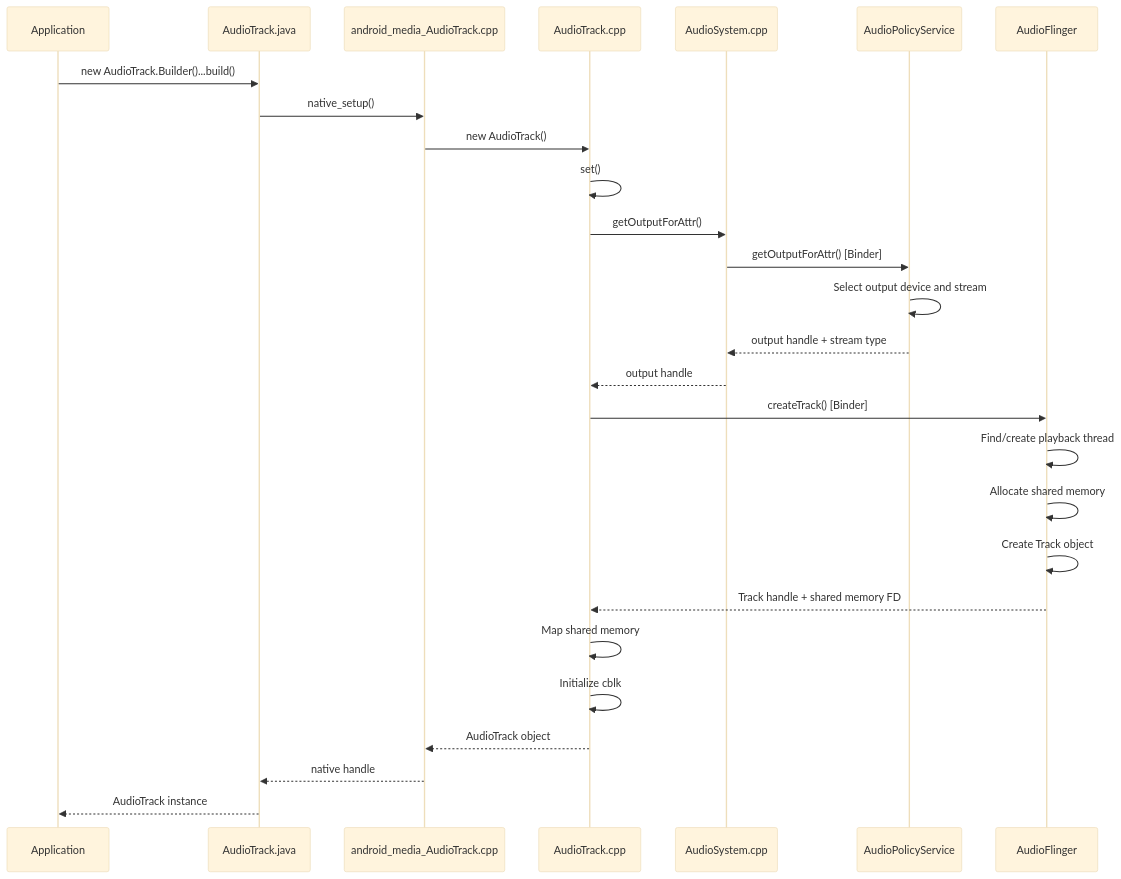
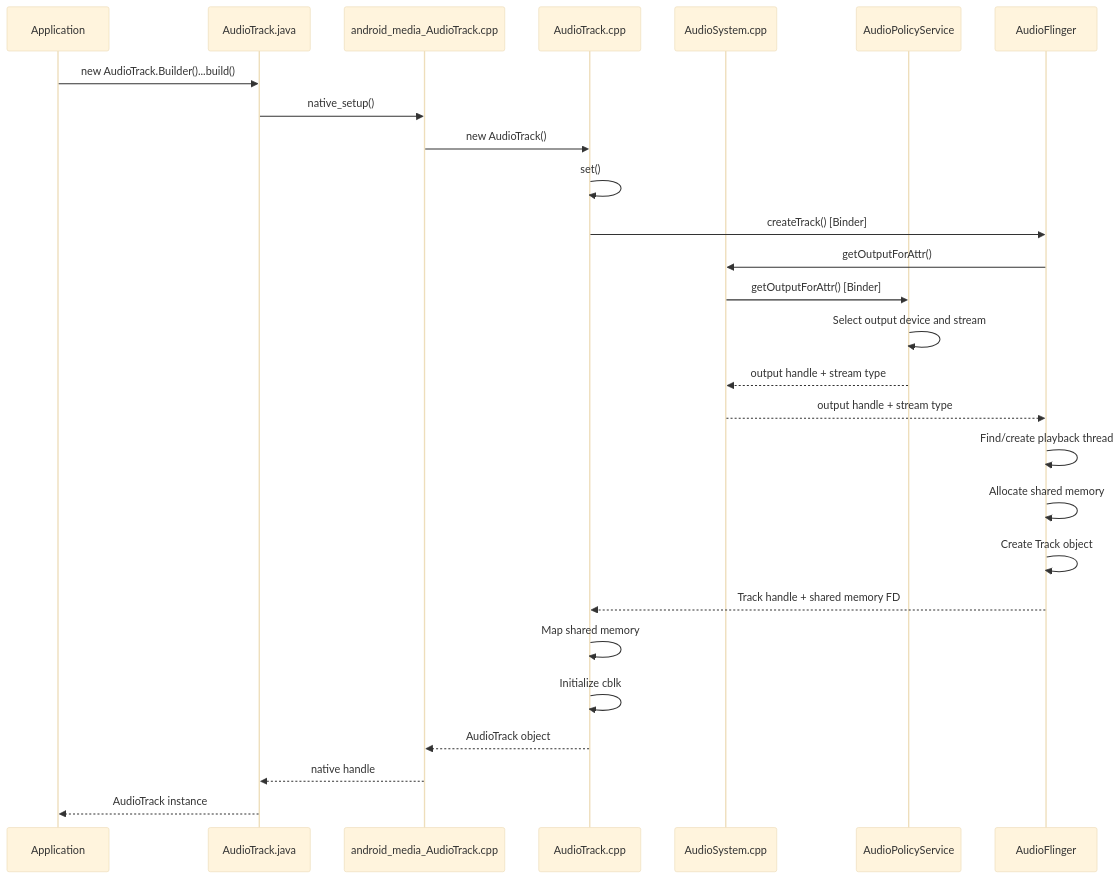
Diagram 19 of 26 in 15-audio-system.md (aospbooks/aosp-internal-book), drawn with Mermaid (base theme) before and after one commit. The commit also changed other lines of this file and 218 other files, not shown here.

````diff
--- a/15-audio-system.md
+++ b/15-audio-system.md
@@ -4058,30 +4111,30 @@
 ```mermaid
 sequenceDiagram
     participant App as Application
     participant Java as AudioTrack.java
     participant JNI as android_media_AudioTrack.cpp
     participant Native as AudioTrack.cpp
     participant AS as AudioSystem.cpp
     participant APS as AudioPolicyService
     participant AF as AudioFlinger
 
     App->>Java: new AudioTrack.Builder()...build()
     Java->>JNI: native_setup()
     JNI->>Native: new AudioTrack()
     Native->>Native: set()
-    Native->>AS: getOutputForAttr()
+    Native->>AF: createTrack() [Binder]
+    AF->>AS: getOutputForAttr()
     AS->>APS: getOutputForAttr() [Binder]
     APS->>APS: Select output device and stream
     APS-->>AS: output handle + stream type
-    AS-->>Native: output handle
-    Native->>AF: createTrack() [Binder]
+    AS-->>AF: output handle + stream type
     AF->>AF: Find/create playback thread
     AF->>AF: Allocate shared memory
     AF->>AF: Create Track object
     AF-->>Native: Track handle + shared memory FD
     Native->>Native: Map shared memory
     Native->>Native: Initialize cblk
     Native-->>JNI: AudioTrack object
     JNI-->>Java: native handle
     Java-->>App: AudioTrack instance
 ```
````
